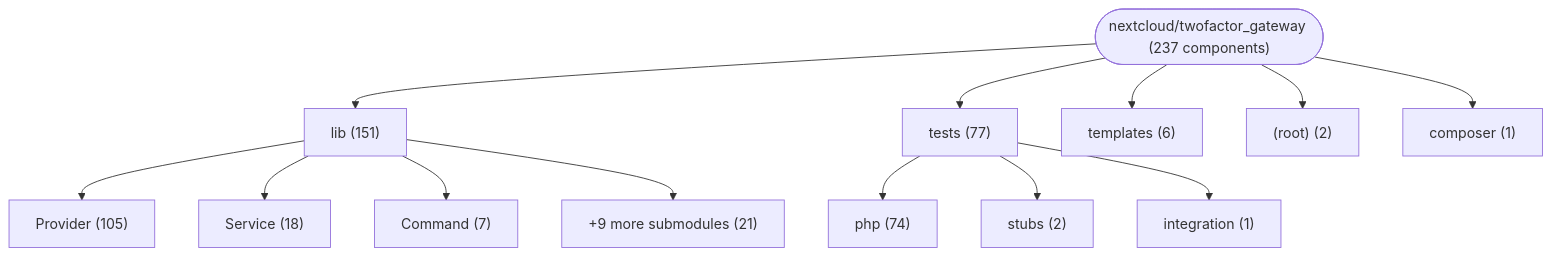
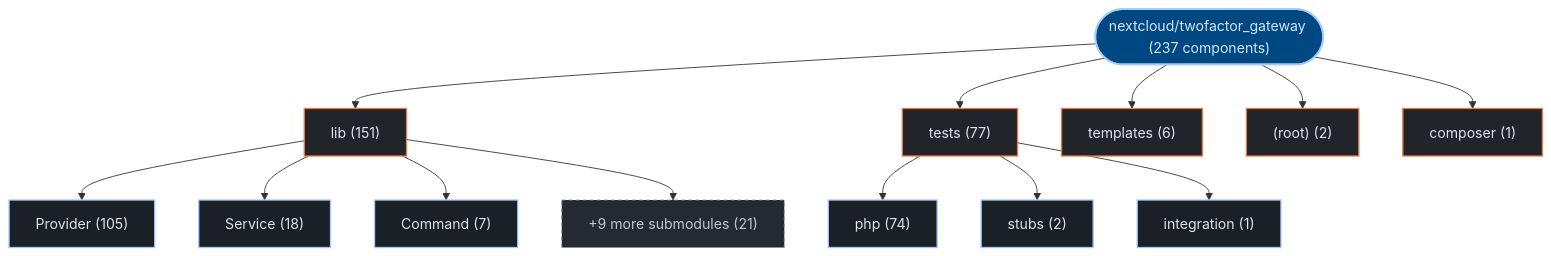
One commit to kumarshaz/atruss-code-atlas changed the first of 2 diagrams in exports/latest/reports/nextcloud-twofactor_gateway-report.md. Above: the diagram before and after it, drawn with Mermaid. The commit also changed other lines of this file and 331 other files, not shown here.

Commit message:
docs,ui,fix: update SDLC docs, reorder CI/CD DAG first, stylize Mermaid, and fix Arc42 pipeline topology

````diff
--- a/exports/latest/reports/nextcloud-twofactor_gateway-report.md
+++ b/exports/latest/reports/nextcloud-twofactor_gateway-report.md
@@ -42,28 +42,35 @@
 ```mermaid
 graph TD;
-    repo_root(["nextcloud/twofactor_gateway (237 components)"])
-    dir_0_lib["lib (151)"]
+  classDef atlasRoot fill:#004882,stroke:#a3c9ff,stroke-width:2px,color:#d3e4ff
+  classDef atlasCategory fill:#212428,stroke:#E87A48,stroke-width:1.5px,color:#dfe3eb
+  classDef atlasWorkflow fill:#1b2026,stroke:#a3c9ff,stroke-width:1.5px,color:#dfe3eb
+  classDef atlasJob fill:#171c22,stroke:#8d9199,stroke-width:1px,color:#dfe3eb
+  classDef atlasTarget fill:#005227,stroke:#8bd99b,stroke-width:1.5px,color:#a7f6b6
+  classDef atlasAlert fill:#93000a,stroke:#ffb4ab,stroke-width:1.5px,color:#ffdad6
+  classDef atlasMore fill:#252a31,stroke:#8d9199,stroke-dasharray:4 4,color:#c3c6cf
+    repo_root(["nextcloud/twofactor_gateway (237 components)"]):::atlasRoot
+    dir_0_lib["lib (151)"]:::atlasCategory
     repo_root --> dir_0_lib
-    sub_0_0_Provider["Provider (105)"]
+    sub_0_0_Provider["Provider (105)"]:::atlasWorkflow
     dir_0_lib --> sub_0_0_Provider
-    sub_0_1_Service["Service (18)"]
+    sub_0_1_Service["Service (18)"]:::atlasWorkflow
     dir_0_lib --> sub_0_1_Service
-    sub_0_2_Command["Command (7)"]
+    sub_0_2_Command["Command (7)"]:::atlasWorkflow
     dir_0_lib --> sub_0_2_Command
-    sub_0_more["+9 more submodules (21)"]
+    sub_0_more["+9 more submodules (21)"]:::atlasMore
     dir_0_lib --> sub_0_more
-    dir_1_tests["tests (77)"]
+    dir_1_tests["tests (77)"]:::atlasCategory
     repo_root --> dir_1_tests
-    sub_1_0_php["php (74)"]
+    sub_1_0_php["php (74)"]:::atlasWorkflow
     dir_1_tests --> sub_1_0_php
-    sub_1_1_stubs["stubs (2)"]
+    sub_1_1_stubs["stubs (2)"]:::atlasWorkflow
     dir_1_tests --> sub_1_1_stubs
-    sub_1_2_integration["integration (1)"]
+    sub_1_2_integration["integration (1)"]:::atlasWorkflow
     dir_1_tests --> sub_1_2_integration
-    dir_2_templates["templates (6)"]
+    dir_2_templates["templates (6)"]:::atlasCategory
     repo_root --> dir_2_templates
-    dir_3__root_["(root) (2)"]
+    dir_3__root_["(root) (2)"]:::atlasCategory
     repo_root --> dir_3__root_
-    dir_4_composer["composer (1)"]
+    dir_4_composer["composer (1)"]:::atlasCategory
     repo_root --> dir_4_composer
 ```
````
